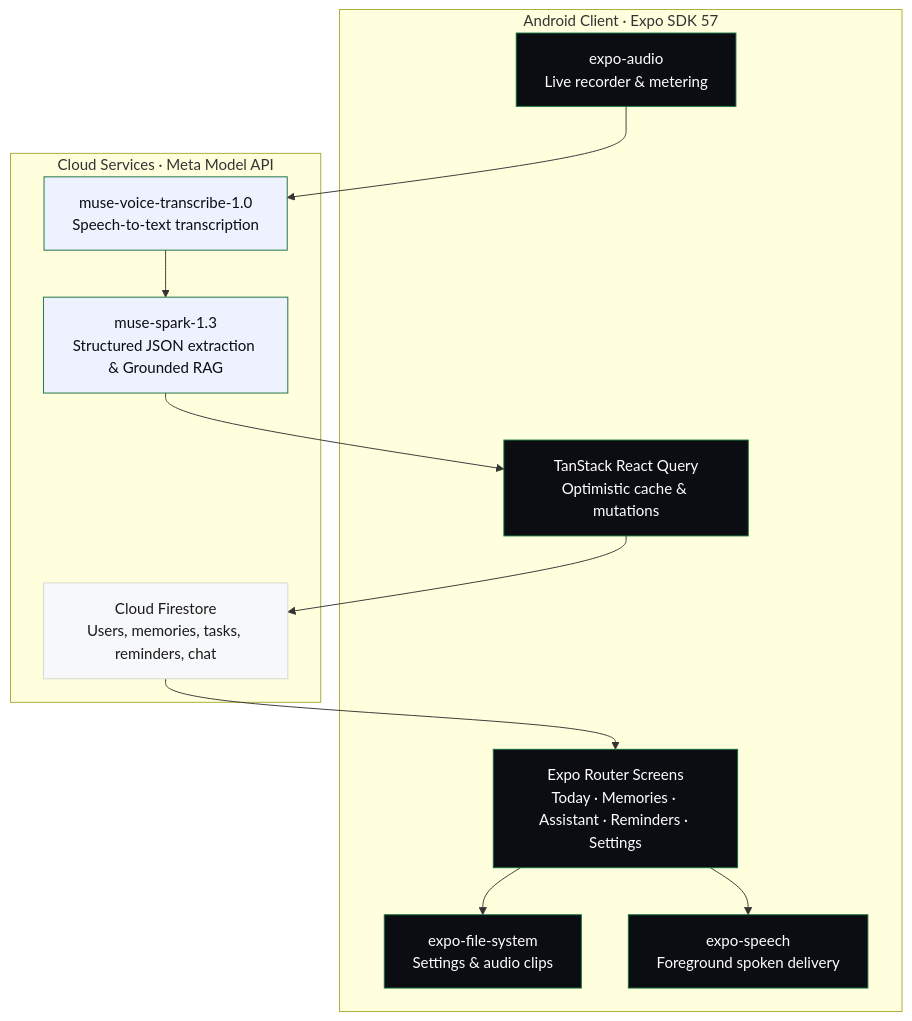
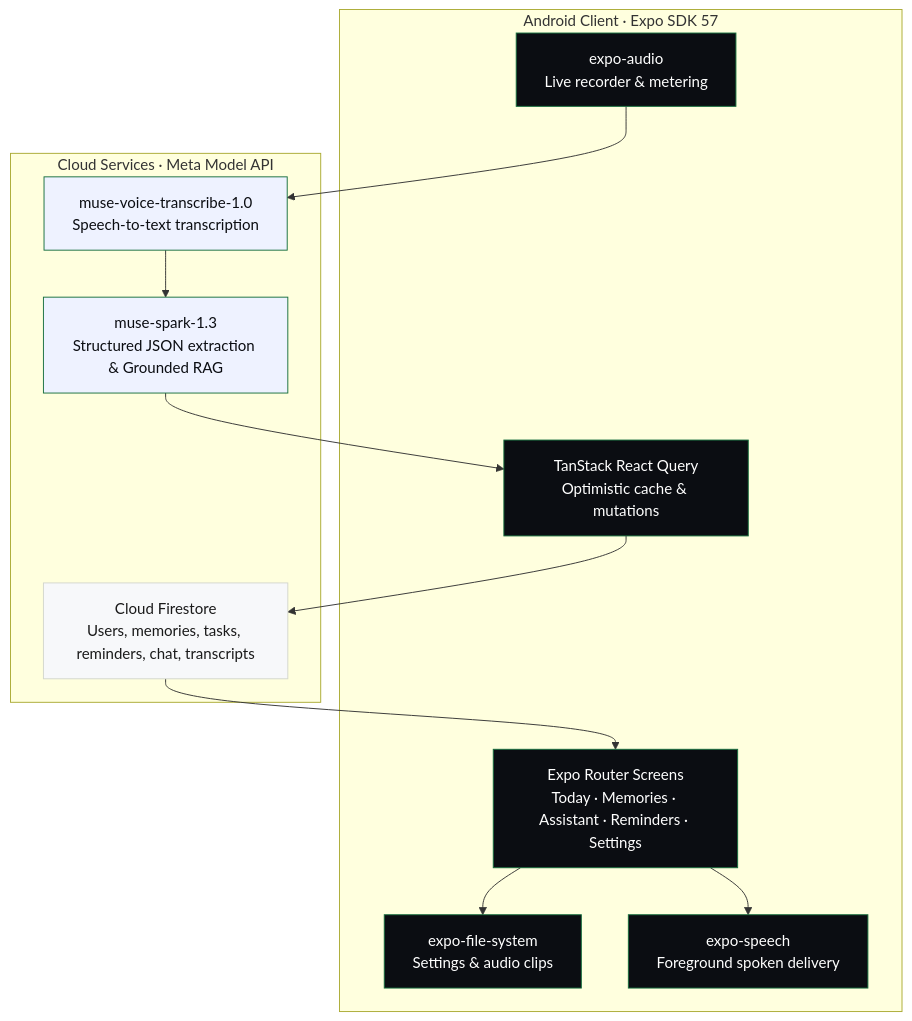
Before and after one commit to abrahamebij/ranti: the first of 2 diagrams in README.md, drawn with Mermaid. The commit also changed other lines of this file, not shown here.

````diff
--- a/README.md
+++ b/README.md
@@ -156,31 +156,31 @@
 ```mermaid
 flowchart TB
     subgraph client["Android Client · Expo SDK 57"]
         mic["expo-audio<br/>Live recorder & metering"]
         ui["Expo Router Screens<br/>Today · Memories · Assistant · Reminders · Settings"]
         rq["TanStack React Query<br/>Optimistic cache & mutations"]
         fs["expo-file-system<br/>Settings & audio clips"]
         speech["expo-speech<br/>Foreground spoken delivery"]
     end
 
     subgraph cloud["Cloud Services · Meta Model API"]
         meta_asr["muse-voice-transcribe-1.0<br/>Speech-to-text transcription"]
         muse_spark["muse-spark-1.3<br/>Structured JSON extraction & Grounded RAG"]
-        firestore["Cloud Firestore<br/>Users, memories, tasks, reminders, chat"]
+        firestore["Cloud Firestore<br/>Users, memories, tasks, reminders, chat, transcripts"]
     end
 
     mic --> meta_asr
     meta_asr --> muse_spark
     muse_spark --> rq
     rq --> firestore
     firestore --> ui
     ui --> speech
     ui --> fs
 
     classDef clientStyle fill:#0B0D12,stroke:#166e3d,color:#ffffff
     classDef engineStyle fill:#EEF2FF,stroke:#166e3d,color:#0B0D12
     classDef cloudStyle fill:#F7F8FA,stroke:#D3D6CD,color:#1A1A1A
     class mic,ui,rq,fs,speech clientStyle
     class meta_asr,muse_spark engineStyle
     class firestore cloudStyle
 ```
````
